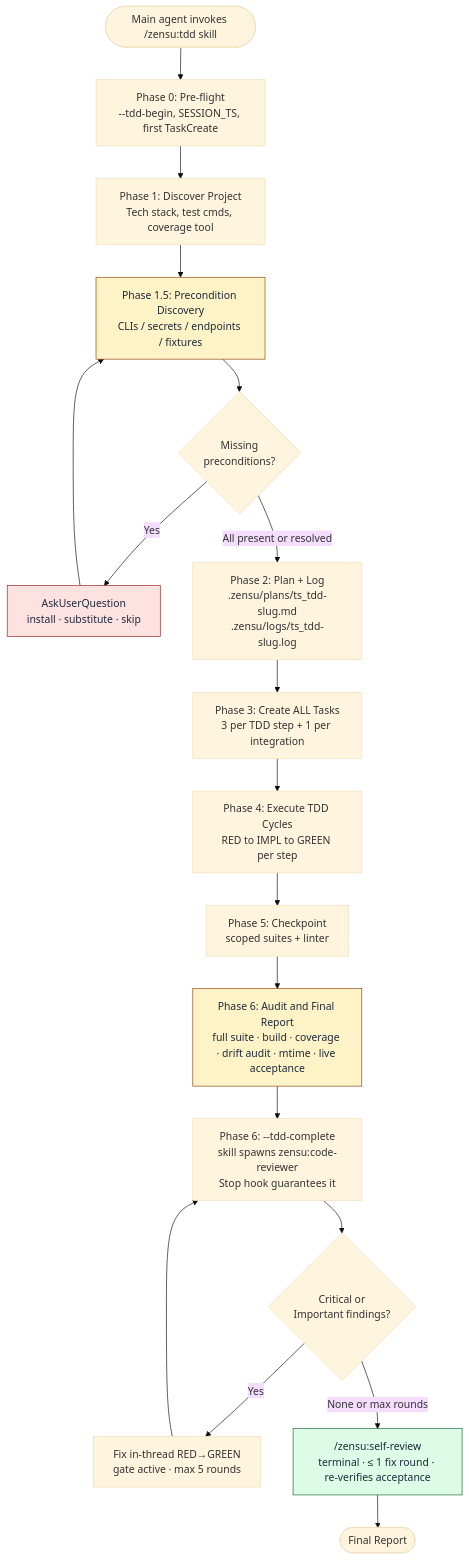
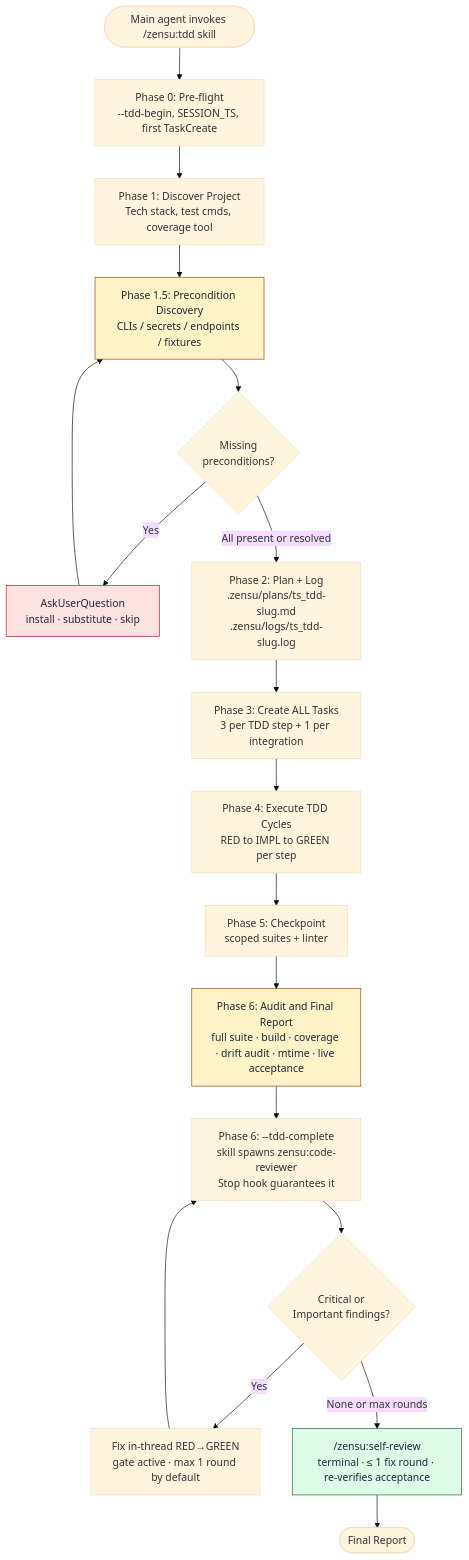
The first of 4 diagrams in docs/tdd-manager-workflow.md (MKITConsulting/zensu-claude-code), drawn with Mermaid (base theme) before and after one commit. The commit also changed other lines of this file and 9 other files, not shown here.

Commit message:
feat(review): default the auto-fix loop to one fix round

````diff
--- a/docs/tdd-manager-workflow.md
+++ b/docs/tdd-manager-workflow.md
@@ -98,25 +98,25 @@
 ```mermaid
 flowchart TD
     Start([Main agent invokes /zensu:tdd skill]) --> P0[Phase 0: Pre-flight<br/>--tdd-begin, SESSION_TS, first TaskCreate]
     P0 --> P1[Phase 1: Discover Project<br/>Tech stack, test cmds, coverage tool]
     P1 --> P15[Phase 1.5: Precondition Discovery<br/>CLIs / secrets / endpoints / fixtures]
     P15 --> Q{Missing<br/>preconditions?}
     Q -->|Yes| Ask[AskUserQuestion<br/>install · substitute · skip]
     Ask --> P15
     Q -->|All present or resolved| P2[Phase 2: Plan + Log<br/>.zensu/plans/ts_tdd-slug.md<br/>.zensu/logs/ts_tdd-slug.log]
     P2 --> P3[Phase 3: Create ALL Tasks<br/>3 per TDD step + 1 per integration]
     P3 --> P4[Phase 4: Execute TDD Cycles<br/>RED to IMPL to GREEN per step]
     P4 --> P5[Phase 5: Checkpoint<br/>scoped suites + linter]
     P5 --> P6[Phase 6: Audit and Final Report<br/>full suite · build · coverage · drift audit · mtime · live acceptance]
     P6 --> Review[Phase 6: --tdd-complete<br/>skill spawns zensu:code-reviewer<br/>Stop hook guarantees it]
     Review --> Findings{Critical or<br/>Important findings?}
-    Findings -->|Yes| AutoFix[Fix in-thread RED→GREEN<br/>gate active · max 5 rounds]
+    Findings -->|Yes| AutoFix[Fix in-thread RED→GREEN<br/>gate active · max 1 round by default]
     AutoFix --> Review
     Findings -->|None or max rounds| SelfRev["/zensu:self-review<br/>terminal · ≤ 1 fix round · re-verifies acceptance"]
     SelfRev --> Done([Final Report])
 
     style P15 fill:#fef3c7,stroke:#92400e,color:#1e293b
     style P6 fill:#fef3c7,stroke:#92400e,color:#1e293b
     style Ask fill:#fee2e2,stroke:#991b1b,color:#1e293b
     style SelfRev fill:#dcfce7,stroke:#166534,color:#1e293b
 ```
````
